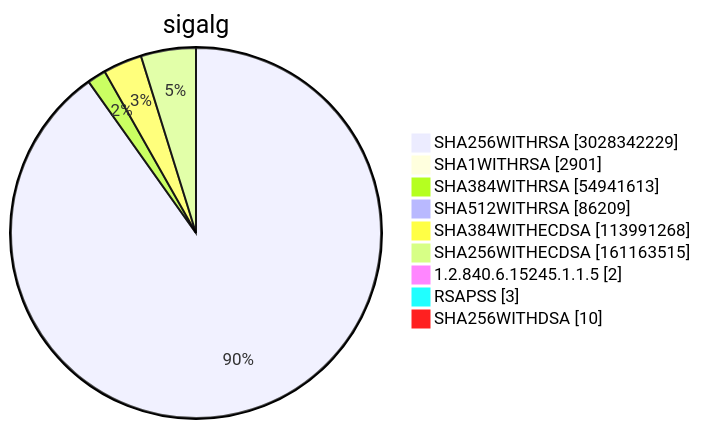
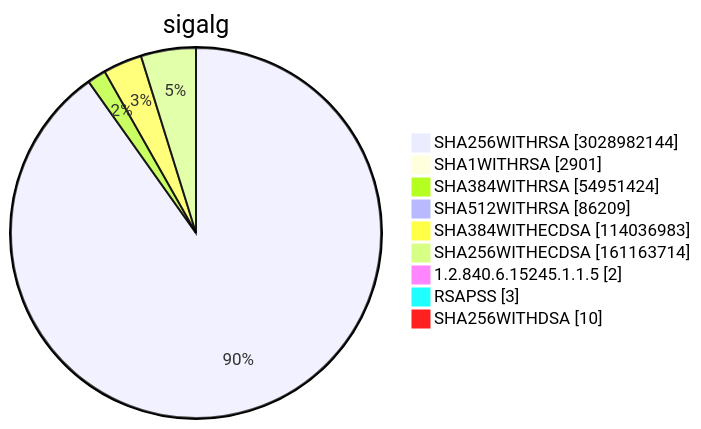
Before and after one commit to christiankrug/ctmonitor_visualization: diagram 15 of 15 in TOTAL/README.md, drawn with Mermaid. The commit also changed other lines of this file, not shown here.

````diff
--- a/TOTAL/README.md
+++ b/TOTAL/README.md
@@ -6208,13 +6208,13 @@
 ```mermaid
 pie showData
 title sigalg
-"SHA256WITHRSA" :3028342229
+"SHA256WITHRSA" :3028982144
 "SHA1WITHRSA" :2901
-"SHA384WITHRSA" :54941613
+"SHA384WITHRSA" :54951424
 "SHA512WITHRSA" :86209
-"SHA384WITHECDSA" :113991268
-"SHA256WITHECDSA" :161163515
+"SHA384WITHECDSA" :114036983
+"SHA256WITHECDSA" :161163714
 "1.2.840.6.15245.1.1.5" :2
 "RSAPSS" :3
 "SHA256WITHDSA" :10
 ```
````
